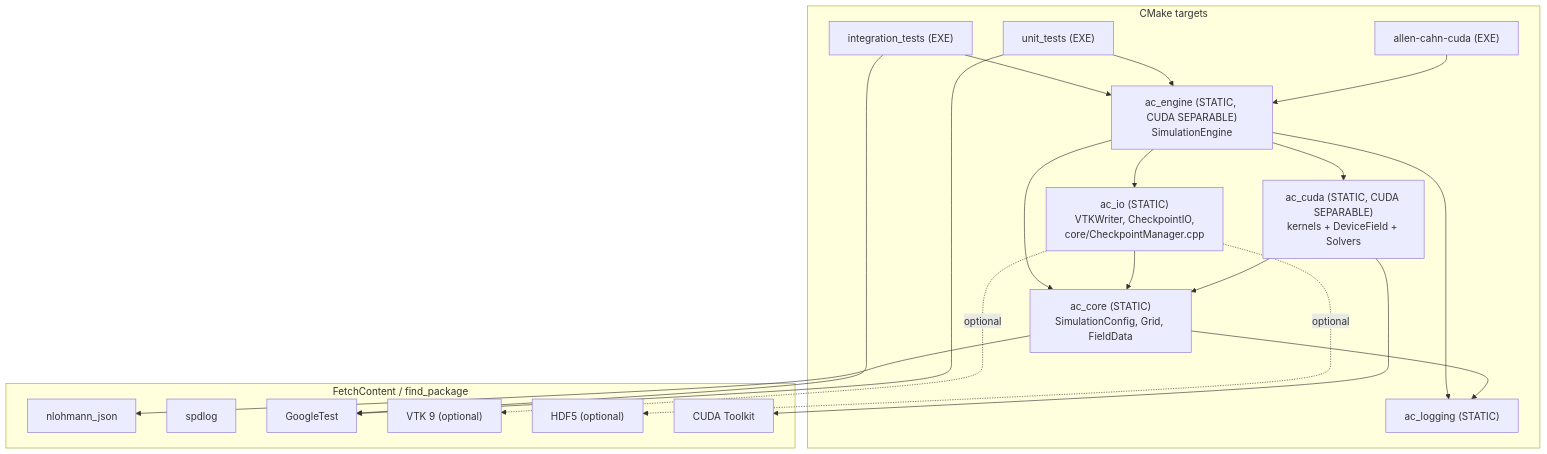
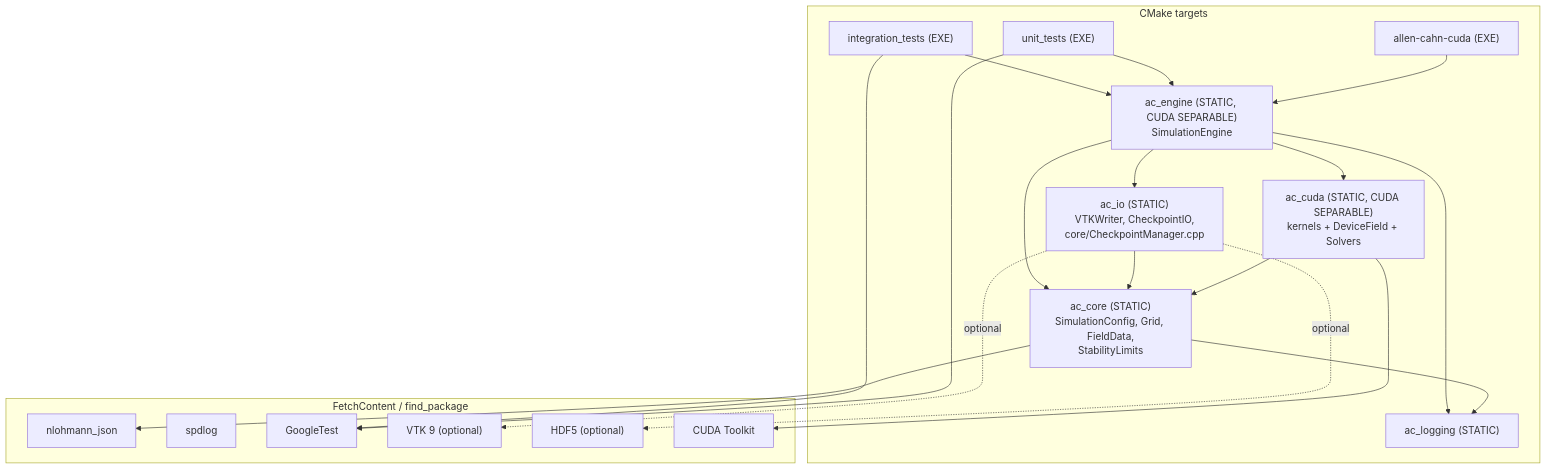
One commit to myousefi2016/Allen-Cahn-CUDA changed the seventh of 7 diagrams in docs/DESIGN.md. Above: the diagram before and after it, drawn with Mermaid. The commit also changed other lines of this file and 16 other files, not shown here.

````diff
--- a/docs/DESIGN.md
+++ b/docs/DESIGN.md
@@ -662,38 +668,38 @@
 ```mermaid
 graph TB
     subgraph Targets["CMake targets"]
         L["ac_logging (STATIC)"]
-        C["ac_core (STATIC)<br/>SimulationConfig, Grid, FieldData"]
+        C["ac_core (STATIC)<br/>SimulationConfig, Grid, FieldData,<br/>StabilityLimits"]
         Cu["ac_cuda (STATIC, CUDA SEPARABLE)<br/>kernels + DeviceField + Solvers"]
         I["ac_io (STATIC)<br/>VTKWriter, CheckpointIO,<br/>core/CheckpointManager.cpp"]
         E["ac_engine (STATIC, CUDA SEPARABLE)<br/>SimulationEngine"]
         X["allen-cahn-cuda (EXE)"]
         U["unit_tests (EXE)"]
         T["integration_tests (EXE)"]
     end
     subgraph External["FetchContent / find_package"]
         J["nlohmann_json"]
         S["spdlog"]
         G["GoogleTest"]
         V["VTK 9 (optional)"]
         H["HDF5 (optional)"]
         Cuda["CUDA Toolkit"]
     end
 
     C --> L
     C --> J
     Cu --> C
     Cu --> Cuda
     I --> C
     I -.optional.-> V
     I -.optional.-> H
     E --> C
     E --> Cu
     E --> I
     E --> L
     X --> E
     U --> G
     U --> E
     T --> G
     T --> E
 ```
````
